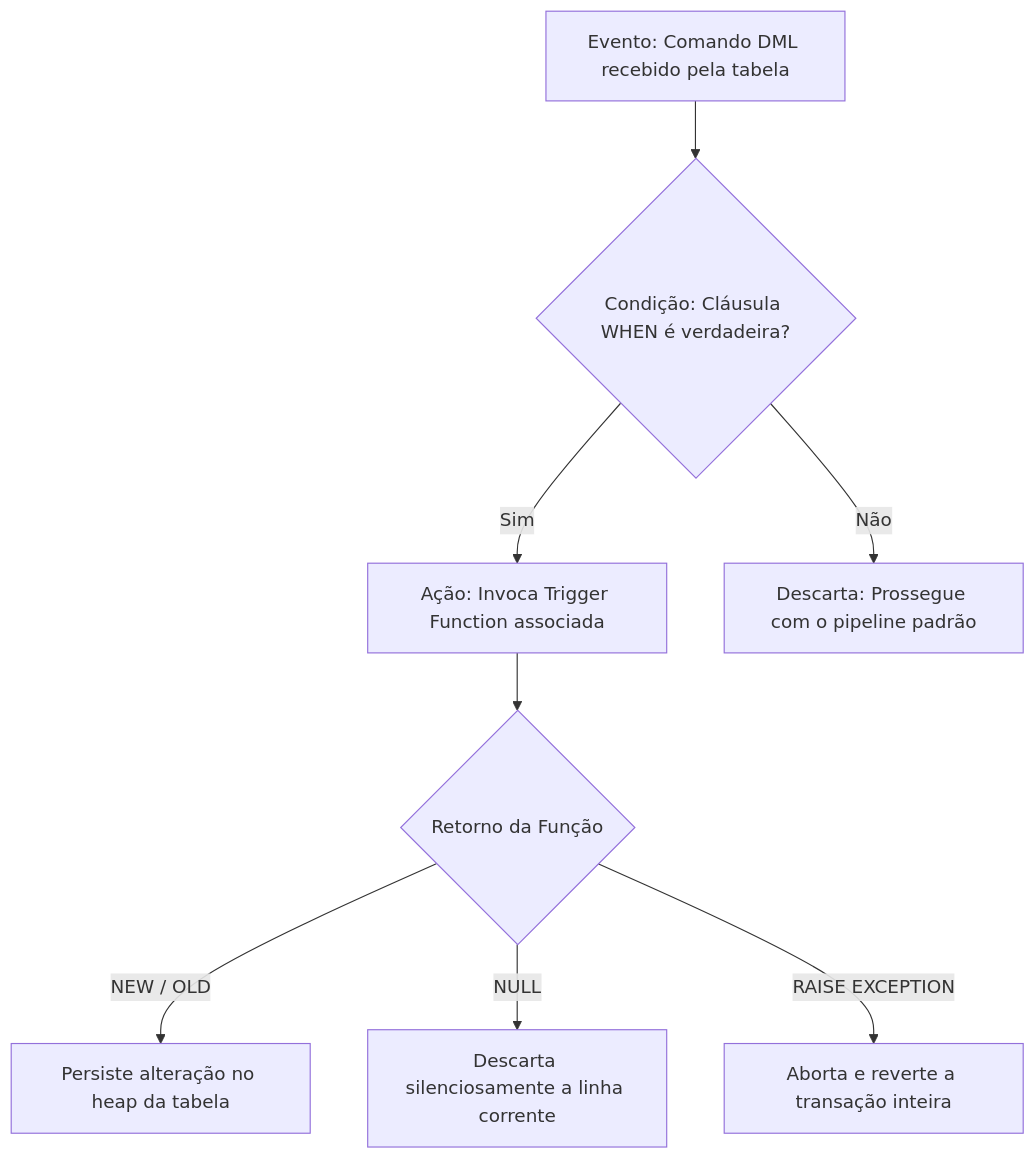
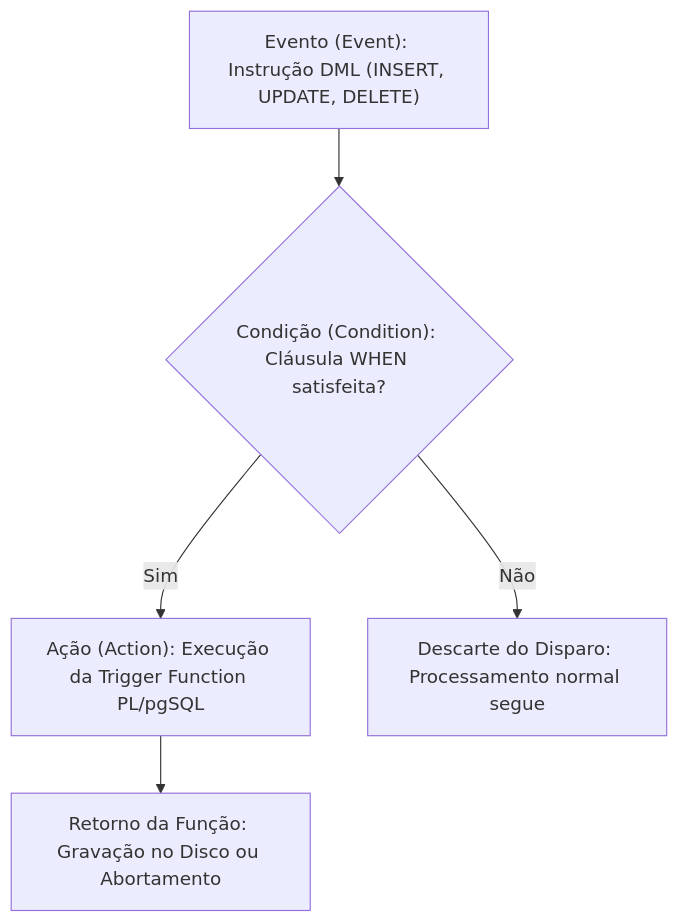
One commit to murilolol/unifef changed the tenth of 13 diagrams in 4º Semestre/[Prof. Welington Garcia] Tópicos Avançados em Banco de Dados/Resumos-IA/Caderno-Consolidado.md. Above: the diagram before and after it, drawn with Mermaid. The commit also changed other lines of this file and 58 other files, not shown here.

````diff
--- a/4º Semestre/[Prof. Welington Garcia] Tópicos Avançados em Banco de Dados/Resumos-IA/Caderno-Consolidado.md
+++ b/4º Semestre/[Prof. Welington Garcia] Tópicos Avançados em Banco de Dados/Resumos-IA/Caderno-Consolidado.md
@@ -630,10 +1048,7 @@
 ```mermaid
 flowchart TD
-    E["Evento: Comando DML recebido pela tabela"] --> C{"Condição: Cláusula WHEN é verdadeira?"}
-    C -- "Sim" --> A["Ação: Invoca Trigger Function associada"]
-    C -- "Não" --> D["Descarta: Prossegue com o pipeline padrão"]
-    A --> Ret{"Retorno da Função"}
-    Ret -- "NEW / OLD" --> Persist["Persiste alteração no heap da tabela"]
-    Ret -- "NULL" --> Discard["Descarta silenciosamente a linha corrente"]
-    Ret -- "RAISE EXCEPTION" --> Abort["Aborta e reverte a transação inteira"]
+  EVENT["Evento (Event): Instrução DML (INSERT, UPDATE, DELETE)"] --> COND{"Condição (Condition): Cláusula WHEN satisfeita?"}
+  COND -- "Sim" --> ACT["Ação (Action): Execução da Trigger Function PL/pgSQL"]
+  COND -- "Não" --> SKIP["Descarte do Disparo: Processamento normal segue"]
+  ACT --> ENDTRANS["Retorno da Função: Gravação no Disco ou Abortamento"]
 ```
````
